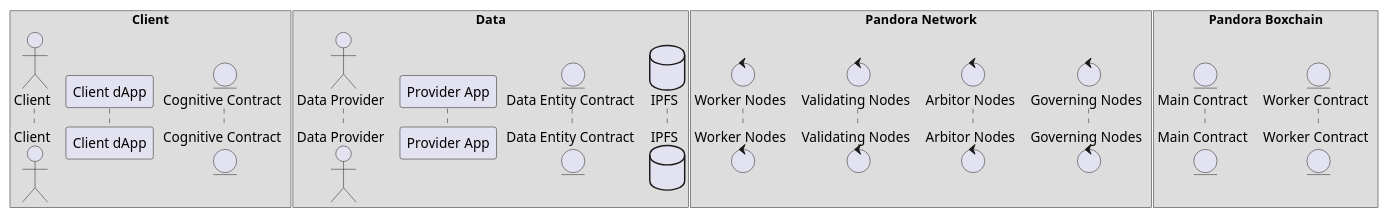
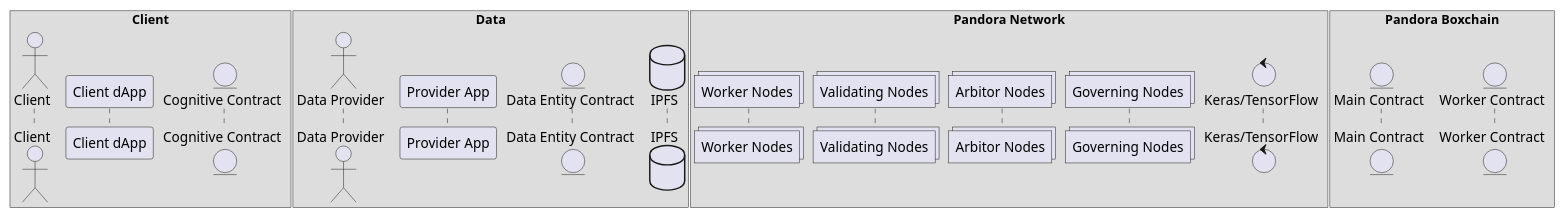
One commit to pandoraboxchain/pocw-techspecs changed the diagram in sequence_template.plantuml. Above: the diagram before and after it, drawn with PlantUML.

```diff
--- a/sequence_template.plantuml
+++ b/sequence_template.plantuml
@@ -1,26 +1,27 @@
 @startuml
 box "Client"
   actor "Client" as client
   participant "Client dApp" as dapp
   entity "Cognitive Contract" as cognitiveContract
 end box
 
 box "Data"
   actor "Data Provider" as provider
   participant "Provider App" as app
   entity "Data Entity Contract" as dataContract
   database "IPFS" as ipfs
 end box
 
 box "Pandora Network"
-  control "Worker Nodes" as workers
-  control "Validating Nodes" as validators
-  control "Arbitor Nodes" as arbitors
-  control "Governing Nodes" as governors
+  collections "Worker Nodes" as workers
+  collections "Validating Nodes" as validators
+  collections "Arbitor Nodes" as arbitors
+  collections "Governing Nodes" as governors
+  control "Keras/TensorFlow" as nn
 end box
 
 box "Pandora Boxchain"
   entity "Main Contract" as theContract
   entity "Worker Contract" as workerContract
 end box
 @enduml
```
